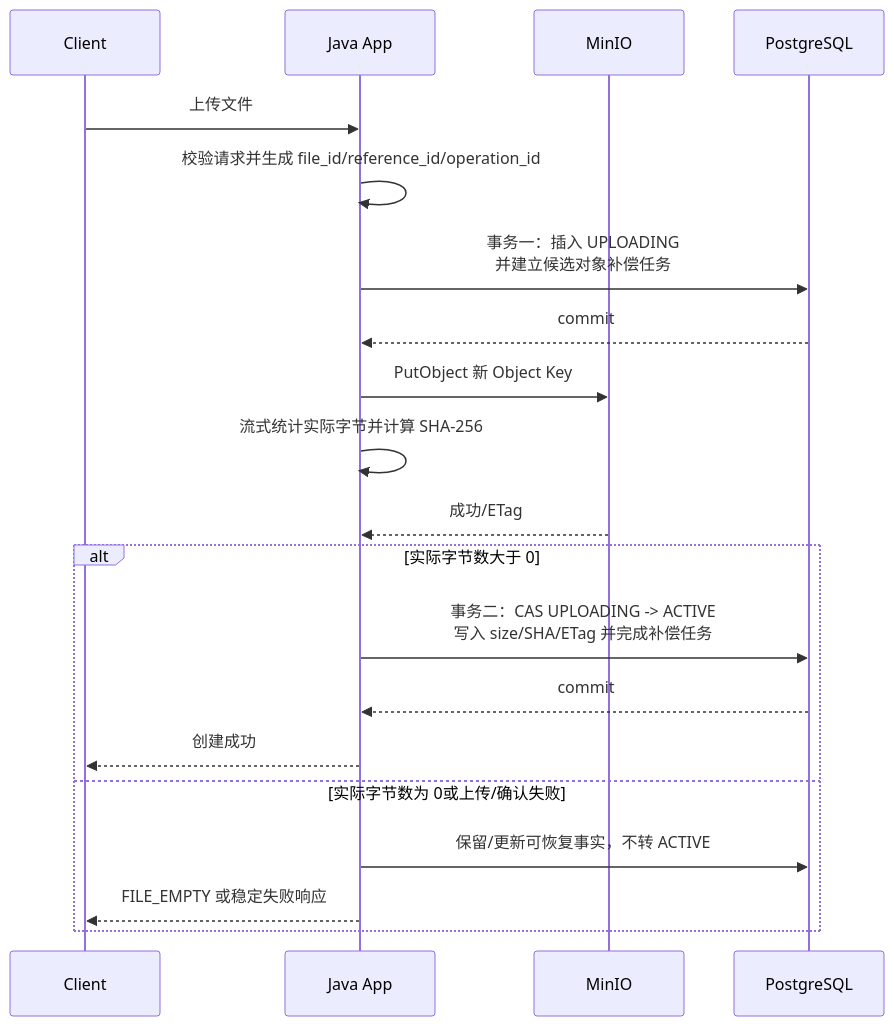
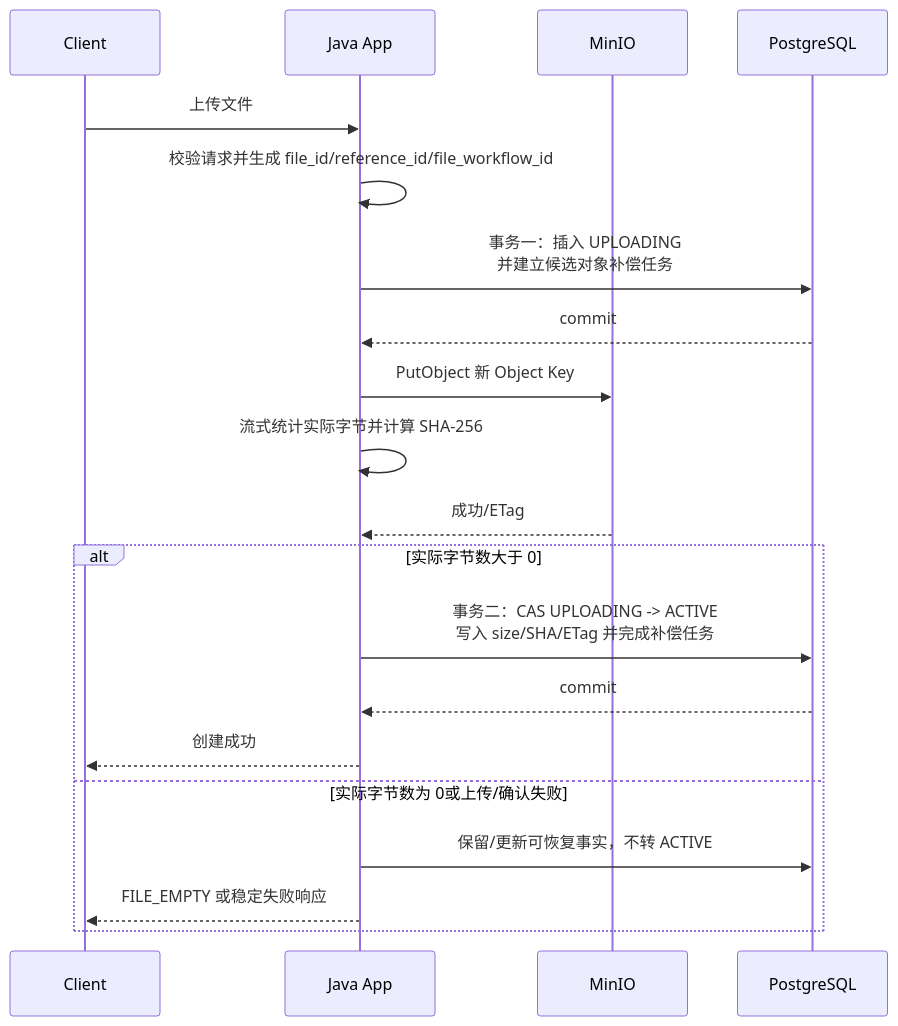
One commit to crudboy008/file-center-service changed the first of 2 diagrams in docs/V0.1.0/adr/ADR-004-PostgreSQL与MinIO一致性策略.md. Above: the diagram before and after it, drawn with Mermaid. The commit also changed other lines of this file and 34 other files, not shown here.

````diff
--- a/docs/V0.1.0/adr/ADR-004-PostgreSQL与MinIO一致性策略.md
+++ b/docs/V0.1.0/adr/ADR-004-PostgreSQL与MinIO一致性策略.md
@@ -67,22 +71,22 @@
 ```mermaid
 sequenceDiagram
     participant C as Client
     participant A as Java App
     participant M as MinIO
     participant P as PostgreSQL
     C->>A: 上传文件
-    A->>A: 校验请求并生成 file_id/reference_id/operation_id
+    A->>A: 校验请求并生成 file_id/reference_id/file_workflow_id
     A->>P: 事务一：插入 UPLOADING<br/>并建立候选对象补偿任务
     P-->>A: commit
     A->>M: PutObject 新 Object Key
     A->>A: 流式统计实际字节并计算 SHA-256
     M-->>A: 成功/ETag
     alt 实际字节数大于 0
         A->>P: 事务二：CAS UPLOADING -> ACTIVE<br/>写入 size/SHA/ETag 并完成补偿任务
         P-->>A: commit
         A-->>C: 创建成功
     else 实际字节数为 0或上传/确认失败
         A->>P: 保留/更新可恢复事实，不转 ACTIVE
         A-->>C: FILE_EMPTY 或稳定失败响应
     end
 ```
````
